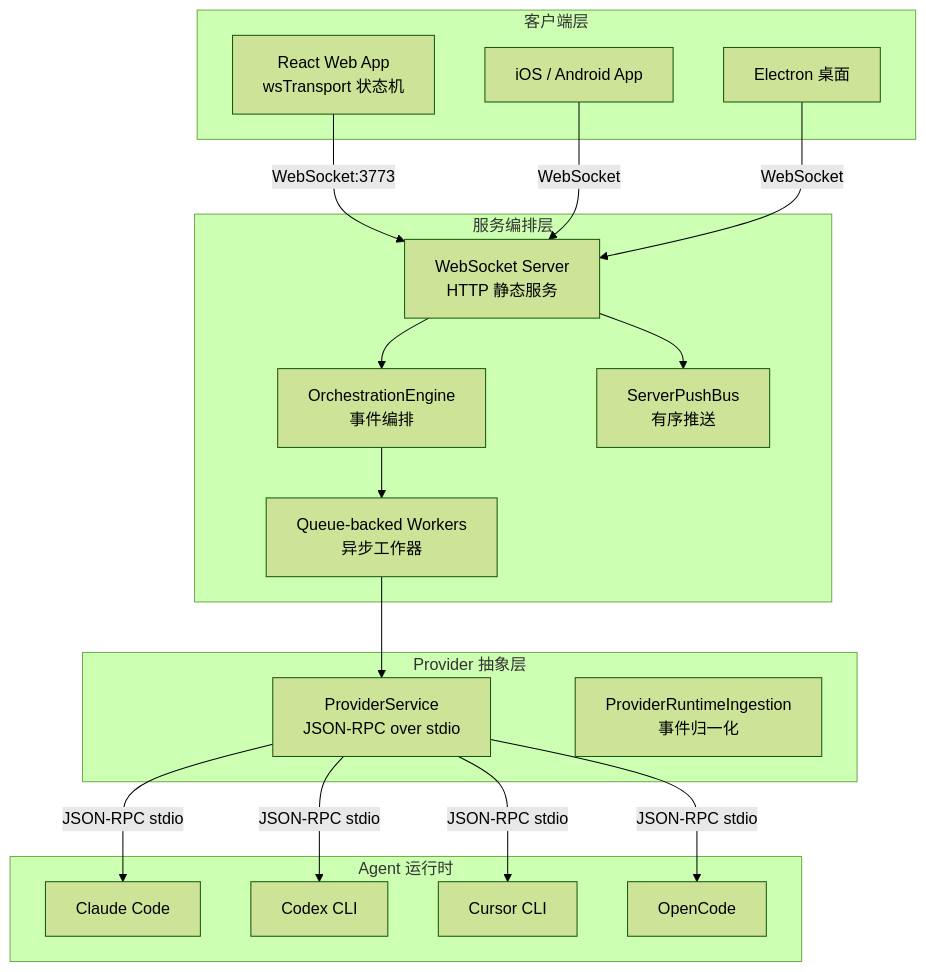
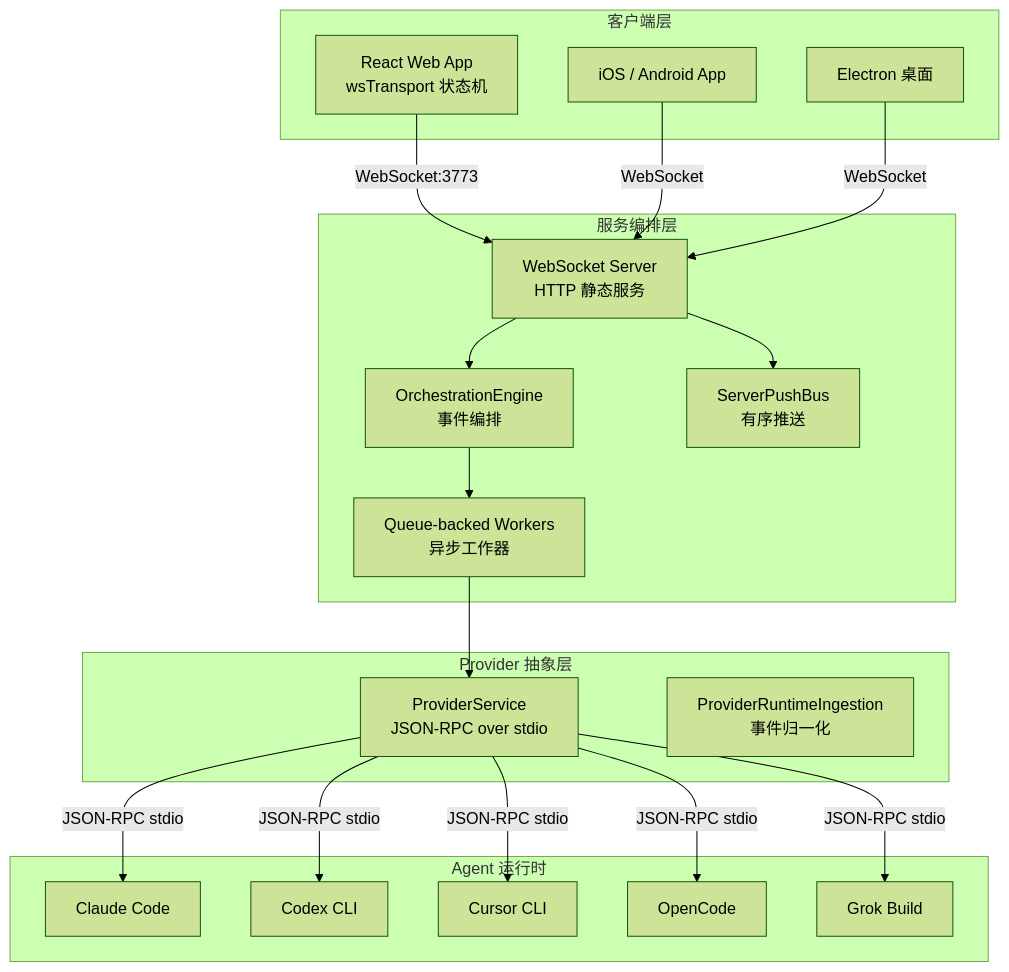
The diagram in content/posts/tech/pingdotgg-t3code-agent-harness-guide.md (A1pha3/text-matrix), drawn with Mermaid (forest theme) before and after one commit. The commit also changed other lines of this file and 19 other files, not shown here.

````diff
--- a/content/posts/tech/pingdotgg-t3code-agent-harness-guide.md
+++ b/content/posts/tech/pingdotgg-t3code-agent-harness-guide.md
@@ -32,39 +32,41 @@
 ```mermaid
 graph TB
     subgraph "客户端层"
         Browser[React Web App<br/>wsTransport 状态机]
         Mobile[iOS / Android App]
         Desktop[Electron 桌面]
     end
 
     subgraph "服务编排层"
         WSServer[WebSocket Server<br/>HTTP 静态服务]
         Engine[OrchestrationEngine<br/>事件编排]
         Push[ServerPushBus<br/>有序推送]
         Worker[Queue-backed Workers<br/>异步工作器]
     end
 
     subgraph "Provider 抽象层"
         Provider[ProviderService<br/>JSON-RPC over stdio]
         Runtime[ProviderRuntimeIngestion<br/>事件归一化]
     end
 
     subgraph "Agent 运行时"
         Claude[Claude Code]
         Codex[Codex CLI]
         Cursor[Cursor CLI]
         OpenCode[OpenCode]
+        Grok[Grok Build]
     end
 
     Browser -->|WebSocket:3773| WSServer
     Mobile -->|WebSocket| WSServer
     Desktop -->|WebSocket| WSServer
     WSServer --> Engine
     WSServer --> Push
     Engine --> Worker
     Worker --> Provider
     Provider -->|JSON-RPC stdio| Claude
     Provider -->|JSON-RPC stdio| Codex
     Provider -->|JSON-RPC stdio| Cursor
     Provider -->|JSON-RPC stdio| OpenCode
+    Provider -->|JSON-RPC stdio| Grok
 ```
````
